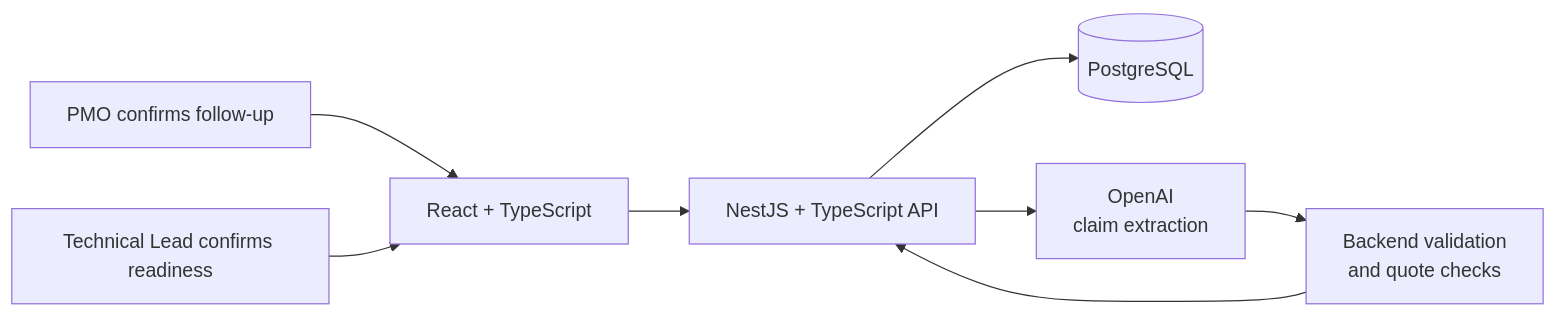
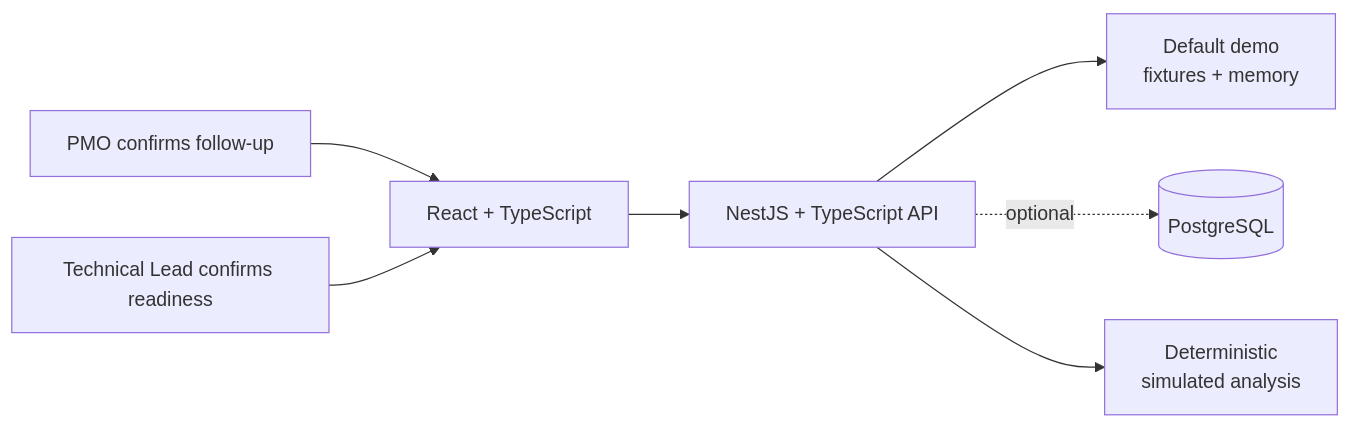
Before and after one commit to Sara2-3/ENGage: the second of 2 diagrams in docs/DEVELOPMENT_LOG.md, drawn with Mermaid. The commit also changed other lines of this file and 15 other files, not shown here.

Commit message:
feat: run demo without database or API key

````diff
--- a/docs/DEVELOPMENT_LOG.md
+++ b/docs/DEVELOPMENT_LOG.md
@@ -36,10 +36,9 @@
 ```mermaid
 flowchart LR
     UI[React + TypeScript] --> API[NestJS + TypeScript API]
-    API --> DB[(PostgreSQL)]
-    API --> AI[OpenAI<br/>claim extraction]
-    AI --> V[Backend validation<br/>and quote checks]
-    V --> API
+    API --> MOCK[Default demo<br/>fixtures + memory]
+    API -. optional .-> DB[(PostgreSQL)]
+    API --> SIM[Deterministic<br/>simulated analysis]
     PMO[PMO confirms follow-up] --> UI
     TL[Technical Lead confirms readiness] --> UI
 ```
````
